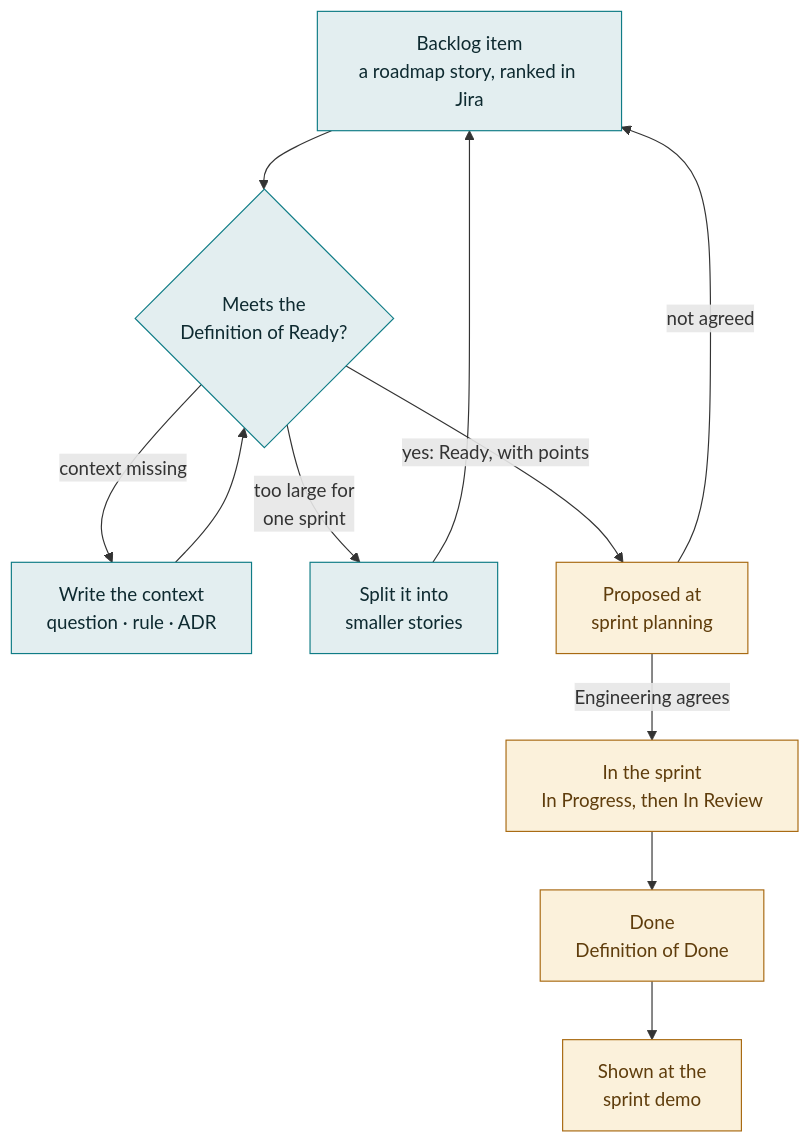
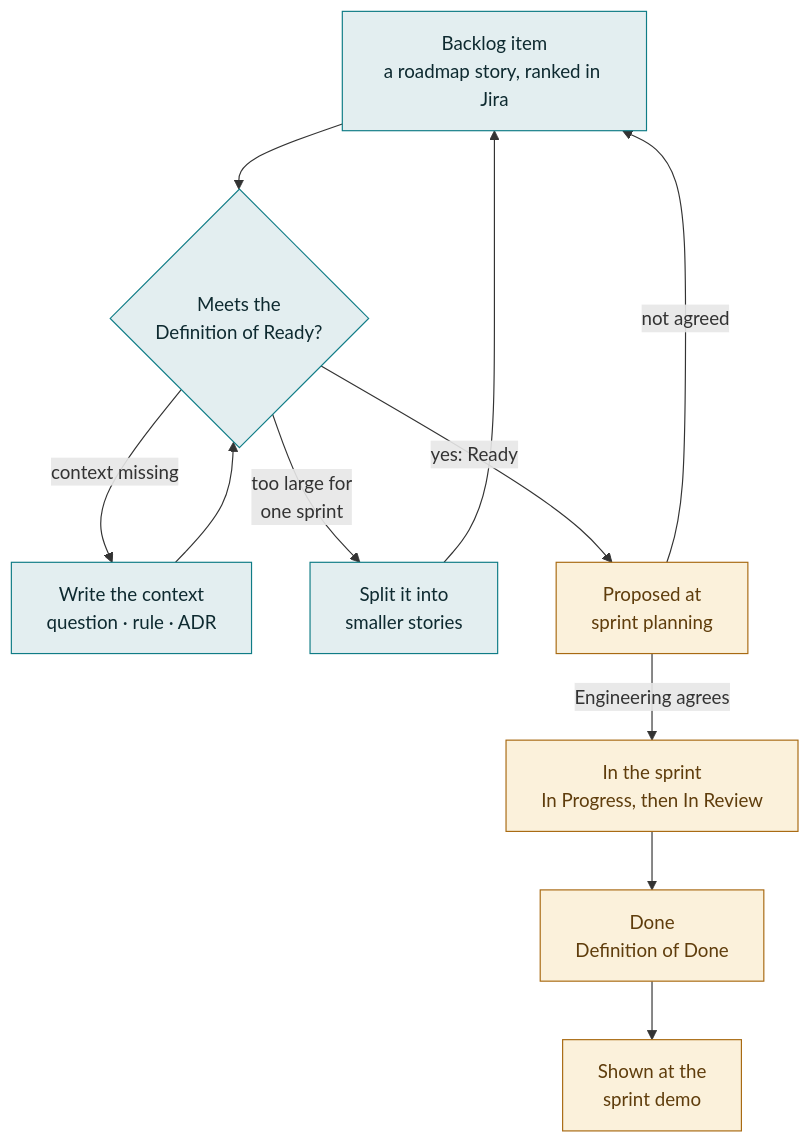
Before and after one commit to jaap-dekkinga/AI_Agile_JIRA: the diagram in example-project/docs/agile-practices.md, drawn with Mermaid. The commit also changed other lines of this file and 10 other files, not shown here.

````diff
--- a/example-project/docs/agile-practices.md
+++ b/example-project/docs/agile-practices.md
@@ -118,17 +118,17 @@
 ```mermaid
 flowchart TD
   I["Backlog item<br/>a roadmap story, ranked in Jira"] --> G{"Meets the<br/>Definition of Ready?"}
   G -- "context missing" --> W["Write the context<br/>question · rule · ADR"]
   W --> G
   G -- "too large for<br/>one sprint" --> SP["Split it into<br/>smaller stories"]
   SP --> I
-  G -- "yes: Ready, with points" --> P["Proposed at<br/>sprint planning"]
+  G -- "yes: Ready" --> P["Proposed at<br/>sprint planning"]
   P -- "not agreed" --> I
   P -- "Engineering agrees" --> S["In the sprint<br/>In Progress, then In Review"]
   S --> D["Done<br/>Definition of Done"]
   D --> DM["Shown at the<br/>sprint demo"]
   classDef ctx fill:#e3eef0,stroke:#0f7c86,color:#0e2a30
   classDef impl fill:#fbf1db,stroke:#a86a12,color:#5f3d0c
   class I,G,W,SP ctx
   class P,S,D,DM impl
 ```
````
